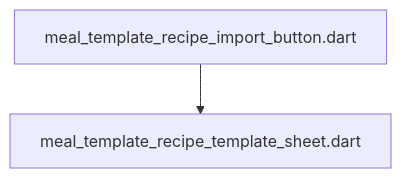
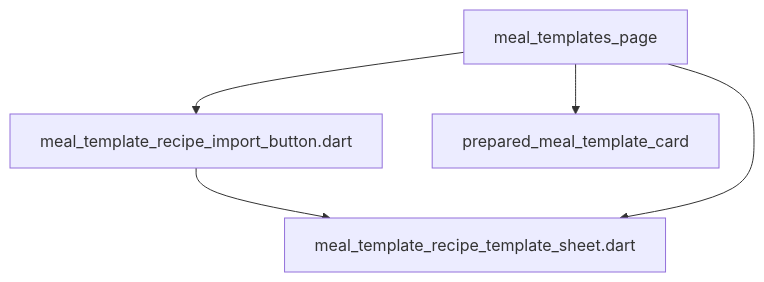
One commit to repinw/yamt changed the diagram in lib/features/meal_templates/presentation/widgets/DEPS.md. Above: the diagram before and after it, drawn with Mermaid. The commit also changed 107 other files, not shown here.

Commit message:
ref(yamt): architecture fix

````diff
--- a/lib/features/meal_templates/presentation/widgets/DEPS.md
+++ b/lib/features/meal_templates/presentation/widgets/DEPS.md
@@ -6,4 +6,7 @@
 ```mermaid
 flowchart TD;
 meal_template_recipe_import_button.dart-->meal_template_recipe_template_sheet.dart;
+meal_templates_page-->meal_template_recipe_import_button.dart;
+meal_templates_page-->meal_template_recipe_template_sheet.dart;
+meal_templates_page-->prepared_meal_template_card;
 ```
````
